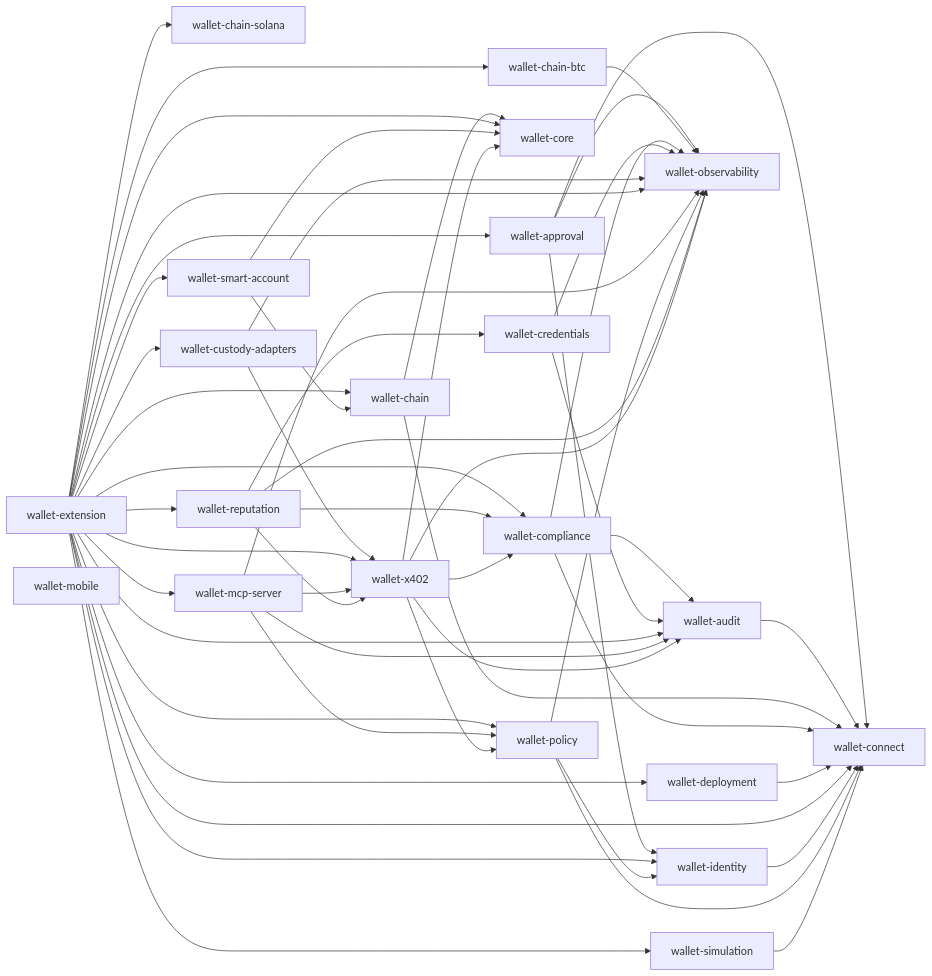
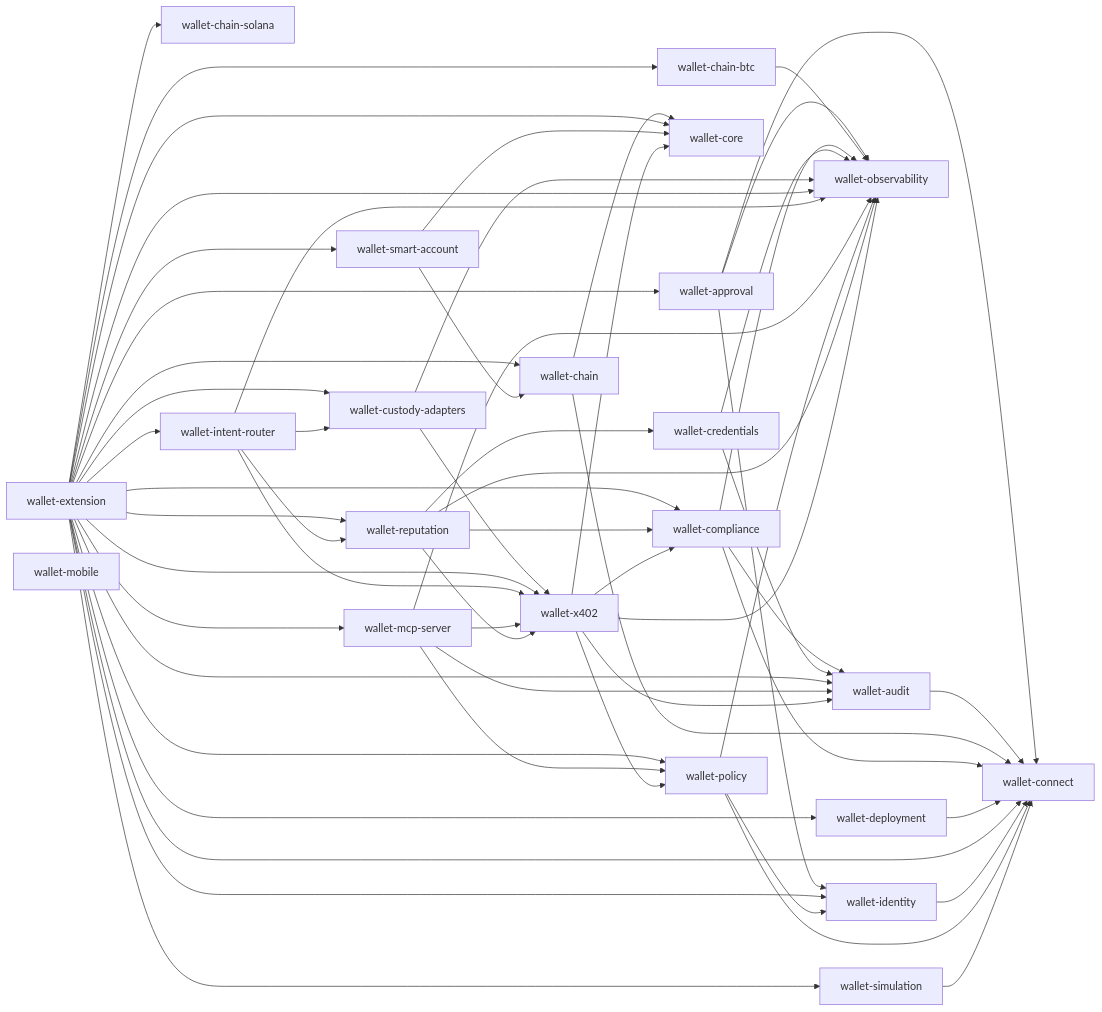
Before and after one commit to aethelred-foundation/wallet: the diagram in reports/workspace-deps.mmd, drawn with Mermaid. The commit also changed 15 other files, not shown here.

First line of the commit message:
feat(intent-router): EIP-712 typed intents + solver marketplace + VC-gated payments (#55)

```diff
--- a/reports/workspace-deps.mmd
+++ b/reports/workspace-deps.mmd
@@ -1,59 +1,64 @@
 flowchart LR
   wallet-approval --> wallet-connect
   wallet-approval --> wallet-identity
   wallet-approval --> wallet-observability
   wallet-audit --> wallet-connect
   wallet-chain --> wallet-connect
   wallet-chain --> wallet-core
   wallet-chain-btc --> wallet-observability
   wallet-chain-solana
   wallet-compliance --> wallet-audit
   wallet-compliance --> wallet-connect
   wallet-compliance --> wallet-observability
   wallet-connect
   wallet-core
   wallet-credentials --> wallet-audit
   wallet-credentials --> wallet-observability
   wallet-custody-adapters --> wallet-observability
   wallet-custody-adapters --> wallet-x402
   wallet-deployment --> wallet-connect
   wallet-extension --> wallet-approval
   wallet-extension --> wallet-audit
   wallet-extension --> wallet-chain
   wallet-extension --> wallet-chain-btc
   wallet-extension --> wallet-chain-solana
   wallet-extension --> wallet-compliance
   wallet-extension --> wallet-connect
   wallet-extension --> wallet-core
   wallet-extension --> wallet-custody-adapters
   wallet-extension --> wallet-deployment
   wallet-extension --> wallet-identity
+  wallet-extension --> wallet-intent-router
   wallet-extension --> wallet-mcp-server
   wallet-extension --> wallet-observability
   wallet-extension --> wallet-policy
   wallet-extension --> wallet-reputation
   wallet-extension --> wallet-simulation
   wallet-extension --> wallet-smart-account
   wallet-extension --> wallet-x402
   wallet-identity --> wallet-connect
+  wallet-intent-router --> wallet-custody-adapters
+  wallet-intent-router --> wallet-observability
+  wallet-intent-router --> wallet-reputation
+  wallet-intent-router --> wallet-x402
   wallet-mcp-server --> wallet-audit
   wallet-mcp-server --> wallet-observability
   wallet-mcp-server --> wallet-policy
   wallet-mcp-server --> wallet-x402
   wallet-mobile
   wallet-observability
   wallet-policy --> wallet-connect
   wallet-policy --> wallet-identity
   wallet-policy --> wallet-observability
   wallet-reputation --> wallet-compliance
   wallet-reputation --> wallet-credentials
   wallet-reputation --> wallet-observability
   wallet-reputation --> wallet-x402
   wallet-simulation --> wallet-connect
   wallet-smart-account --> wallet-chain
   wallet-smart-account --> wallet-core
   wallet-x402 --> wallet-audit
   wallet-x402 --> wallet-compliance
   wallet-x402 --> wallet-core
   wallet-x402 --> wallet-observability
   wallet-x402 --> wallet-policy
```
